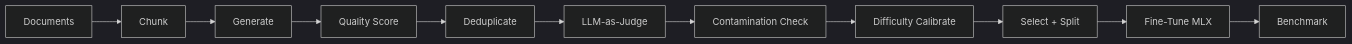
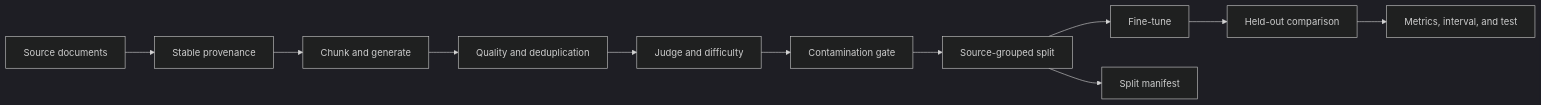
Before and after one commit to pugalenthi0928/training-data-factory: the diagram in README.md, drawn with Mermaid (dark theme). The commit also changed other lines of this file and 77 other files, not shown here.

````diff
--- a/README.md
+++ b/README.md
@@ -15,13 +34,13 @@
 ```mermaid
-graph LR
-    A[Documents] --> B[Chunk]
-    B --> C[Generate]
-    C --> D[Quality Score]
-    D --> E[Deduplicate]
-    E --> F[LLM-as-Judge]
-    F --> G[Contamination Check]
-    G --> H[Difficulty Calibrate]
-    H --> I[Select + Split]
-    I --> J[Fine-Tune MLX]
-    J --> K[Benchmark]
+flowchart LR
+    A[Source documents] --> B[Stable provenance]
+    B --> C[Chunk and generate]
+    C --> D[Quality and deduplication]
+    D --> E[Judge and difficulty]
+    E --> F[Contamination gate]
+    F --> G[Source-grouped split]
+    G --> H[Fine-tune]
+    H --> I[Held-out comparison]
+    G --> J[Split manifest]
+    I --> K[Metrics, interval, and test]
 ```
````
